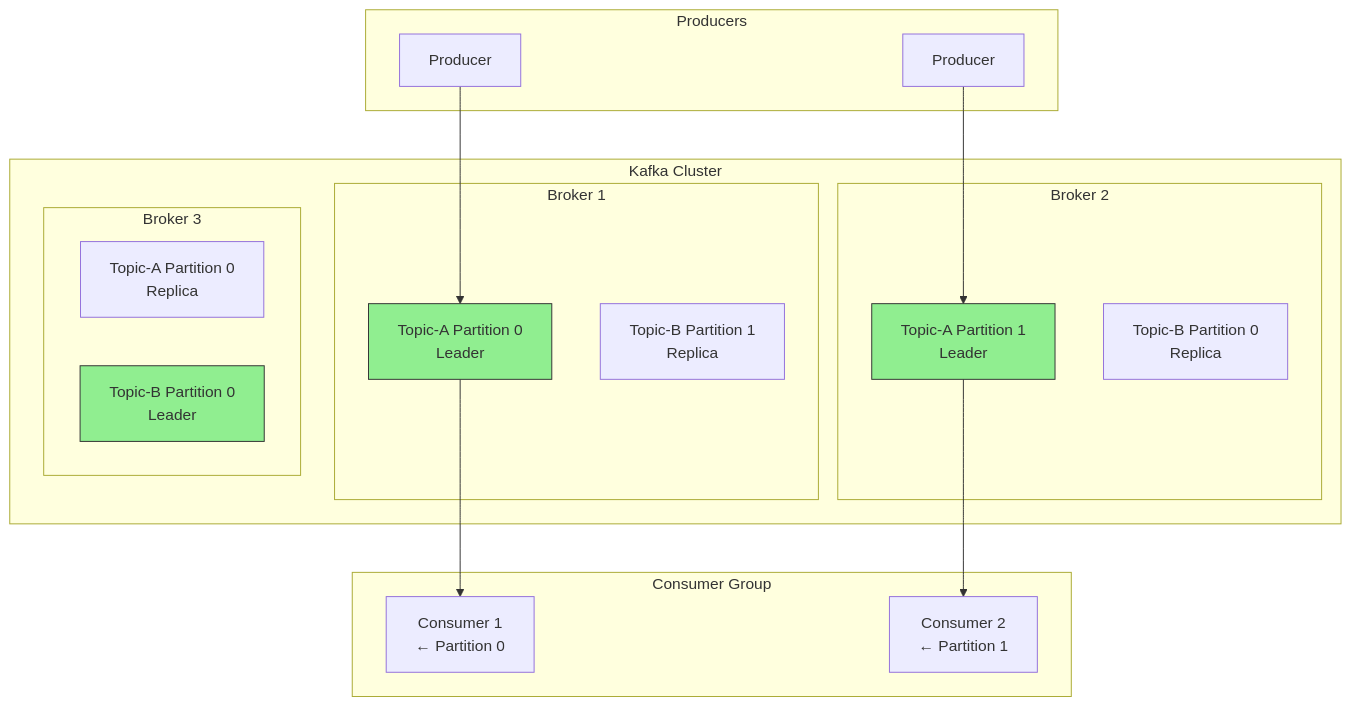
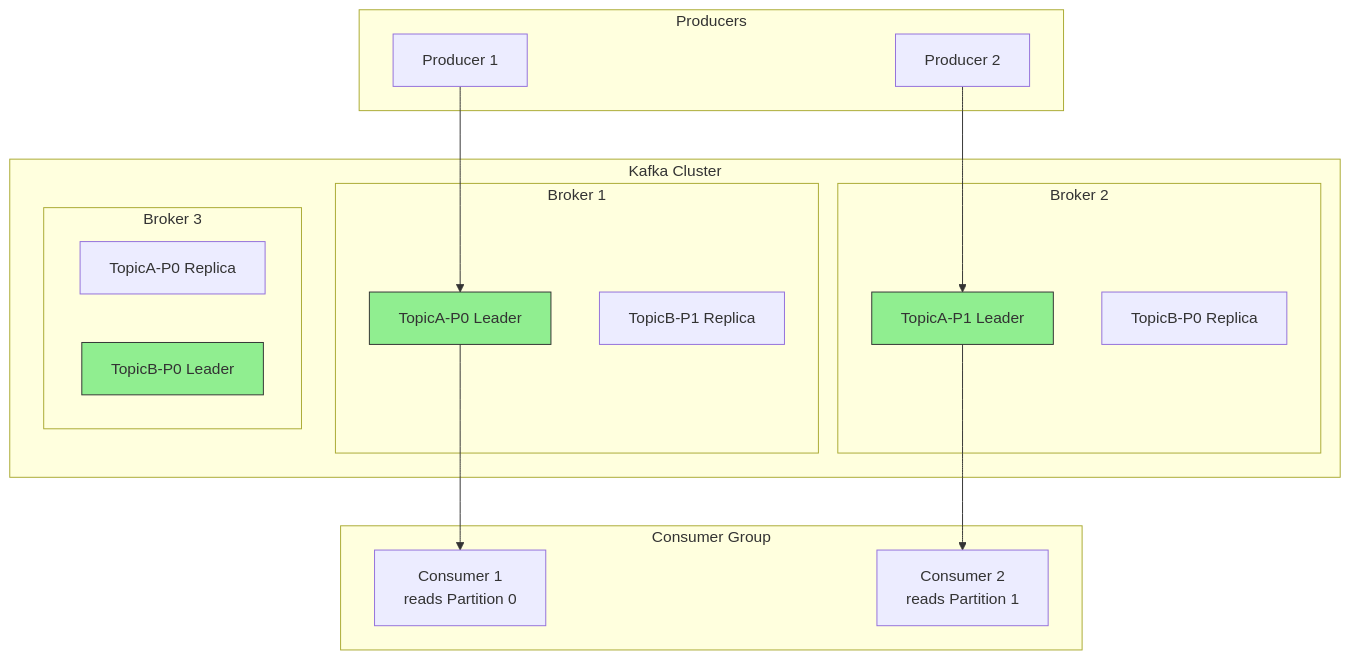
Before and after one commit to andrzejsydor/knowledge: the fourth of 7 diagrams in Kafka/apache-pulsar-and-messaging-platforms.md, drawn with Mermaid. The commit also changed other lines of this file, not shown here.

Commit message:
Refactor mermaid diagrams for clarity and consistency

````diff
--- a/Kafka/apache-pulsar-and-messaging-platforms.md
+++ b/Kafka/apache-pulsar-and-messaging-platforms.md
@@ -159,36 +159,36 @@
 ```mermaid
 graph TB
     subgraph Producers
-        P1[Producer]
-        P2[Producer]
+        P1["Producer 1"]
+        P2["Producer 2"]
     end
 
-    subgraph "Kafka Cluster"
-        subgraph "Broker 1"
-            TP1[Topic-A Partition 0<br/>Leader]
-            TP2[Topic-B Partition 1<br/>Replica]
+    subgraph Kafka_Cluster["Kafka Cluster"]
+        subgraph Broker_1["Broker 1"]
+            TP1["TopicA-P0 Leader"]
+            TP2["TopicB-P1 Replica"]
         end
-        subgraph "Broker 2"
-            TP3[Topic-A Partition 1<br/>Leader]
-            TP4[Topic-B Partition 0<br/>Replica]
+        subgraph Broker_2["Broker 2"]
+            TP3["TopicA-P1 Leader"]
+            TP4["TopicB-P0 Replica"]
         end
-        subgraph "Broker 3"
-            TP5[Topic-A Partition 0<br/>Replica]
-            TP6[Topic-B Partition 0<br/>Leader]
+        subgraph Broker_3["Broker 3"]
+            TP5["TopicA-P0 Replica"]
+            TP6["TopicB-P0 Leader"]
         end
     end
 
-    subgraph "Consumer Group"
-        CG1[Consumer 1<br/>← Partition 0]
-        CG2[Consumer 2<br/>← Partition 1]
+    subgraph Consumer_Group["Consumer Group"]
+        CG1["Consumer 1<br>reads Partition 0"]
+        CG2["Consumer 2<br>reads Partition 1"]
     end
 
     P1 --> TP1
     P2 --> TP3
     TP1 --> CG1
     TP3 --> CG2
 
     style TP1 fill:#90EE90,stroke:#333
     style TP3 fill:#90EE90,stroke:#333
     style TP6 fill:#90EE90,stroke:#333
 ```
````
